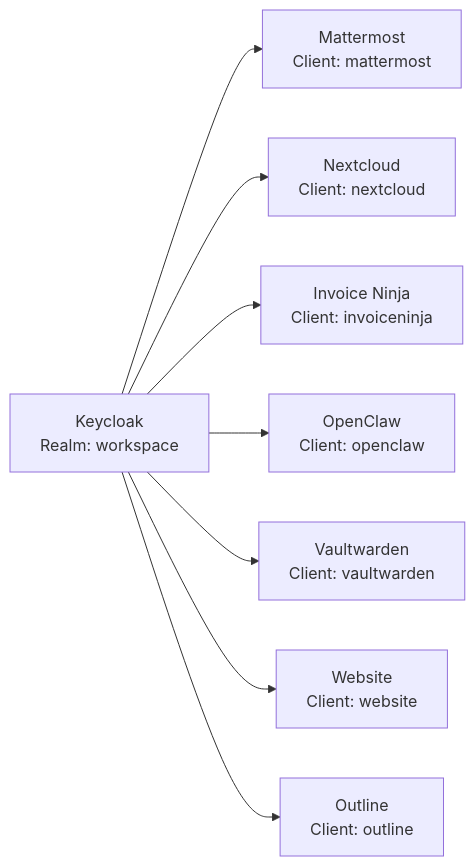
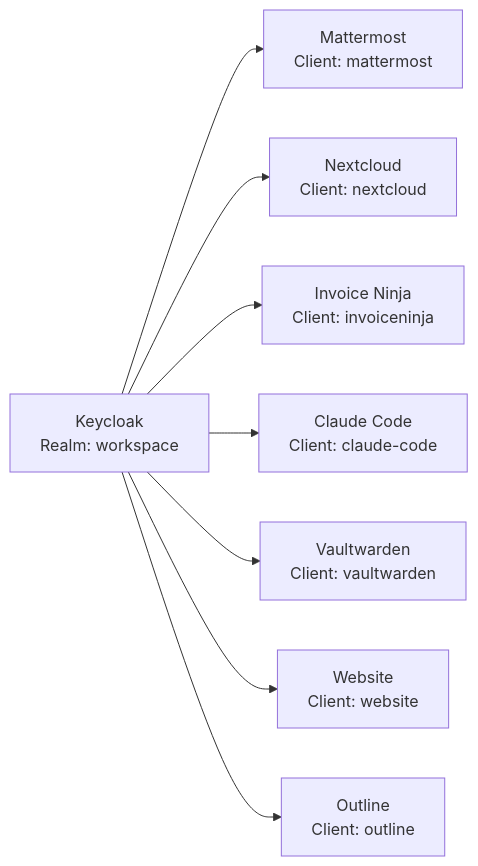
Before and after one commit to Paddione/Bachelorprojekt: the first of 2 diagrams in docs/keycloak.md, drawn with Mermaid. The commit also changed other lines of this file and 73 other files, not shown here.

First line of the commit message:
feat: add patrick/gekko admin users and complete openclaw→claude-code rename

````diff
--- a/docs/keycloak.md
+++ b/docs/keycloak.md
@@ -26,14 +26,14 @@
 ```mermaid
 graph LR
     KC[Keycloak<br/>Realm: workspace]
 
     MM[Mattermost<br/>Client: mattermost]
     NC[Nextcloud<br/>Client: nextcloud]
     IN[Invoice Ninja<br/>Client: invoiceninja]
-    OC[OpenClaw<br/>Client: openclaw]
+    OC[Claude Code<br/>Client: claude-code]
     VW[Vaultwarden<br/>Client: vaultwarden]
     WEB[Website<br/>Client: website]
     OL[Outline<br/>Client: outline]
 
     KC --> MM & NC & IN & OC & VW & WEB & OL
 ```
````
